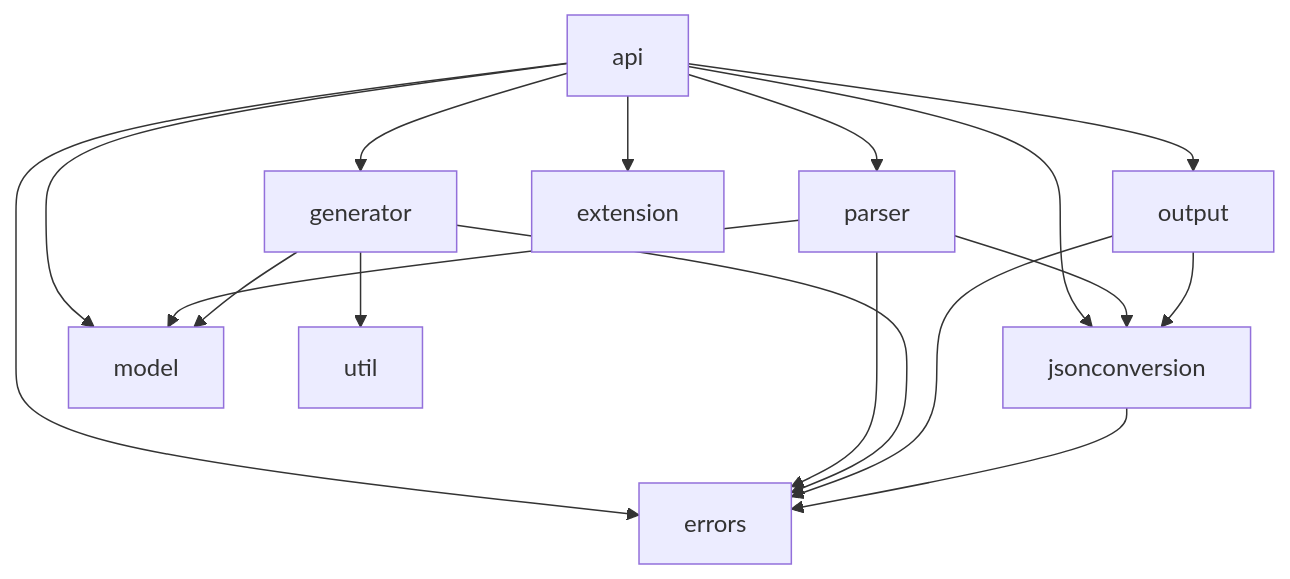
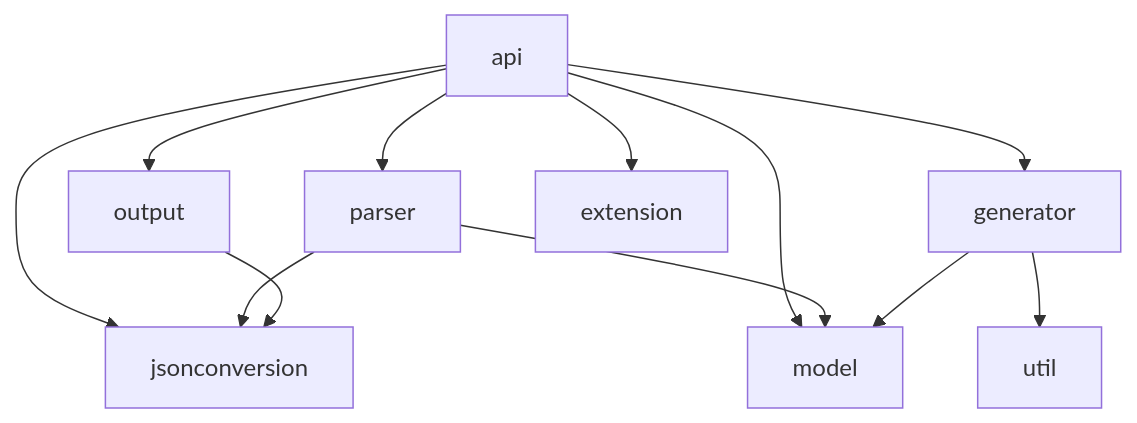
Before and after one commit to gjuton/gjuton: the third of 3 diagrams in docs/architecture.md, drawn with Mermaid. The commit also changed other lines of this file, not shown here.

Commit message:
docs: remove errors from deps graph (#192)
Motivation: Everything depends on errors,
and errors contain no logic. Having it in the
graph is only noise.

````diff
--- a/docs/architecture.md
+++ b/docs/architecture.md
@@ -117,19 +117,14 @@
 ```mermaid
 graph TD
     api --> parser
     api --> generator
     api --> output
     api --> jsonconversion
     api --> extension
     api --> model
-    api --> errors
     parser --> jsonconversion
     parser --> model
-    parser --> errors
     generator --> model
     generator --> util
-    generator --> errors
     output --> jsonconversion
-    output --> errors
-    jsonconversion --> errors
 ```
````
